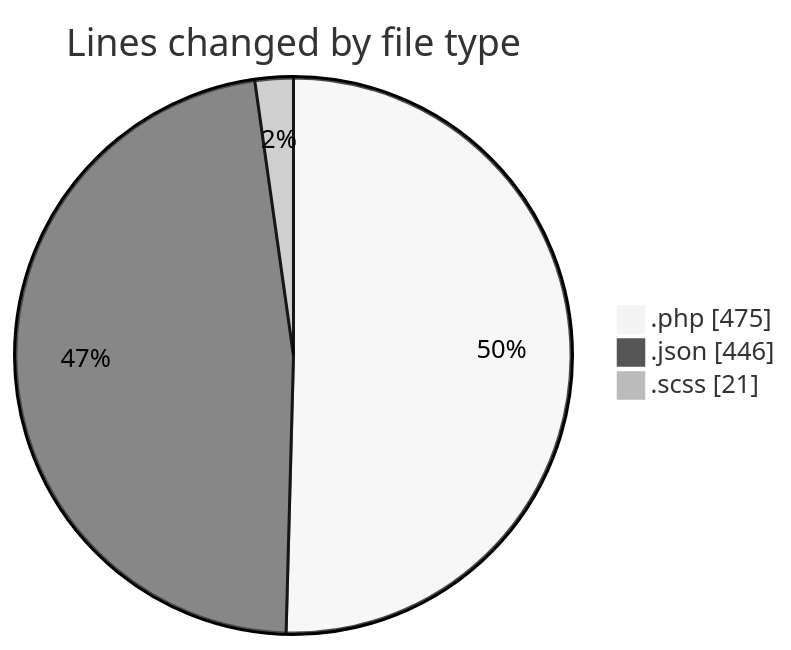
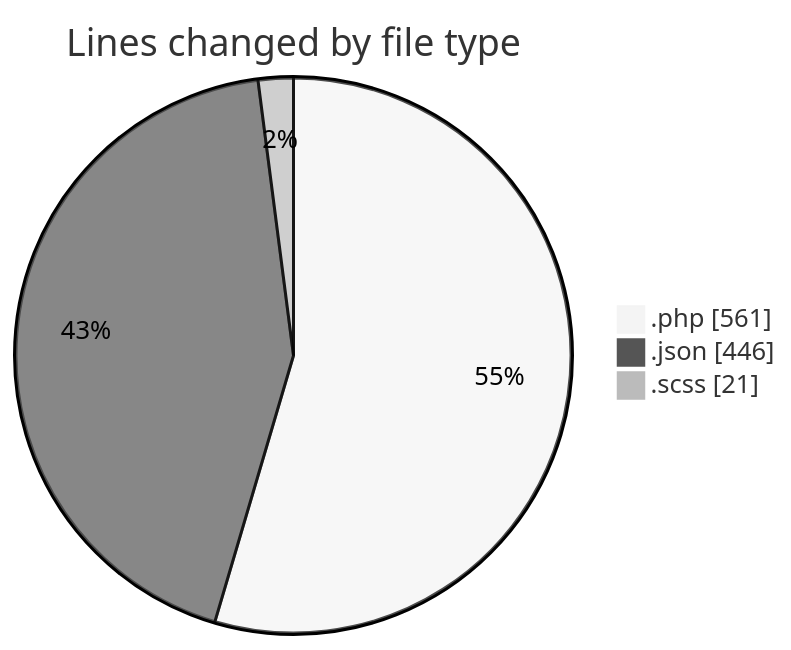
Before and after one commit to idhammustaqopulfikri/code-tracking: the first of 2 diagrams in 2025-03-27/autodidak/README.md, drawn with Mermaid (neutral theme). The commit also changed other lines of this file and 1 other file, not shown here.

````diff
--- a/2025-03-27/autodidak/README.md
+++ b/2025-03-27/autodidak/README.md
@@ -28,7 +28,7 @@
 ```mermaid
 pie showData
 title Lines changed by file type
-".php" : 475
+".php" : 561
 ".json" : 446
 ".scss" : 21
 ```
````
